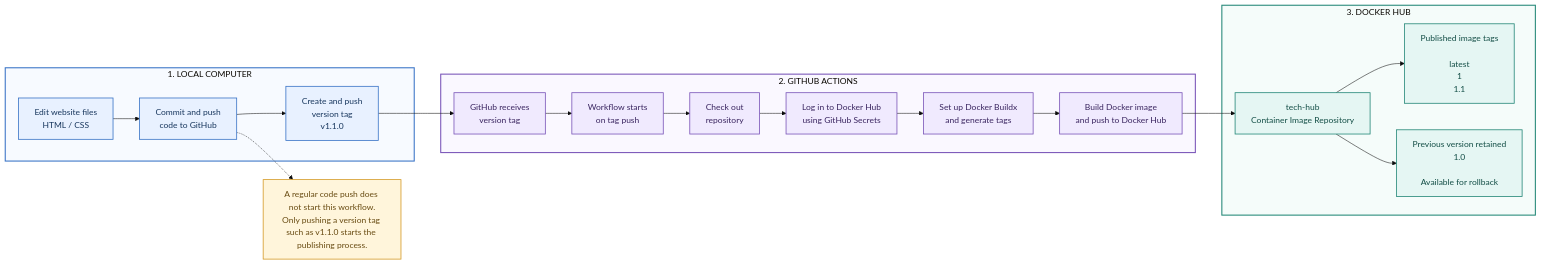
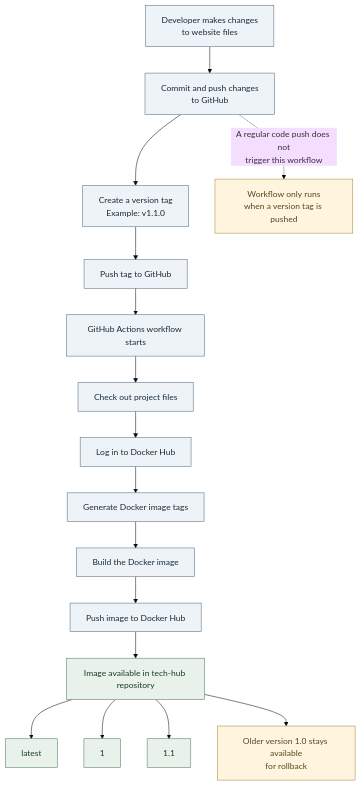
The diagram in README-CI.md (JawadNJ/ceg3120-cicd-Nejem-f26), drawn with Mermaid (base theme) before and after one commit. The commit also changed other lines of this file, not shown here.

Commit message:
changed the diagram up a bit to make it simpler and easier to understand.

````diff
--- a/README-CI.md
+++ b/README-CI.md
@@ -25,47 +25,35 @@
 ```mermaid
-flowchart LR
-    subgraph DEV["1. LOCAL COMPUTER"]
-        A["Edit website files<br/>HTML / CSS"]
-        B["Commit and push<br/>code to GitHub"]
-        C["Create and push<br/>version tag<br/>v1.1.0"]
-        A --> B --> C
-    end
+flowchart TD
+    A["Developer makes changes<br/>to website files"]
+    B["Commit and push changes<br/>to GitHub"]
+    C["Create a version tag<br/>Example: v1.1.0"]
+    D["Push tag to GitHub"]
+    E["GitHub Actions workflow starts"]
+    F["Check out project files"]
+    G["Log in to Docker Hub"]
+    H["Generate Docker image tags"]
+    I["Build the Docker image"]
+    J["Push image to Docker Hub"]
+    K["Image available in tech-hub repository"]
 
-    subgraph GH["2. GITHUB ACTIONS"]
-        D["GitHub receives<br/>version tag"]
-        E["Workflow starts<br/>on tag push"]
-        F["Check out<br/>repository"]
-        G["Log in to Docker Hub<br/>using GitHub Secrets"]
-        H["Set up Docker Buildx<br/>and generate tags"]
-        I["Build Docker image<br/>and push to Docker Hub"]
-        D --> E --> F --> G --> H --> I
-    end
+    A --> B --> C --> D --> E
+    E --> F --> G --> H --> I --> J --> K
 
-    subgraph DH["3. DOCKER HUB"]
-        J["tech-hub<br/>Container Image Repository"]
-        K["Published image tags<br/><br/>latest<br/>1<br/>1.1"]
-        L["Previous version retained<br/>1.0<br/><br/>Available for rollback"]
-        J --> K
-        J --> L
-    end
+    K --> L["latest"]
+    K --> M["1"]
+    K --> N["1.1"]
 
-    C --> D
-    I --> J
+    O["Older version 1.0 stays available<br/>for rollback"]
 
-    N["A regular code push does not start this workflow.<br/>Only pushing a version tag such as v1.1.0 starts the publishing process."]
-    B -.-> N
+    K --> O
 
-    classDef local fill:#E8F1FF,stroke:#3973C6,color:#17365D,stroke-width:1.5px
-    classDef github fill:#F0EAFE,stroke:#7954B8,color:#39245F,stroke-width:1.5px
-    classDef docker fill:#E5F6F3,stroke:#238777,color:#124D45,stroke-width:1.5px
-    classDef note fill:#FFF5DB,stroke:#D49A27,color:#684B12,stroke-width:1.5px
+    B -. "A regular code push does not<br/>trigger this workflow" .-> P["Workflow only runs<br/>when a version tag is pushed"]
 
-    class A,B,C local
-    class D,E,F,G,H,I github
-    class J,K,L docker
-    class N note
+    classDef process fill:#eef3f8,stroke:#536b82,color:#172b3a
+    classDef result fill:#e8f2eb,stroke:#527b5c,color:#183c23
+    classDef note fill:#fff5df,stroke:#a88743,color:#59451d
 
-    style DEV fill:#F7FAFF,stroke:#3973C6,stroke-width:2px
-    style GH fill:#FAF8FF,stroke:#7954B8,stroke-width:2px
-    style DH fill:#F5FCFA,stroke:#238777,stroke-width:2px
+    class A,B,C,D,E,F,G,H,I,J process
+    class K,L,M,N result
+    class O,P note
 ```
````
